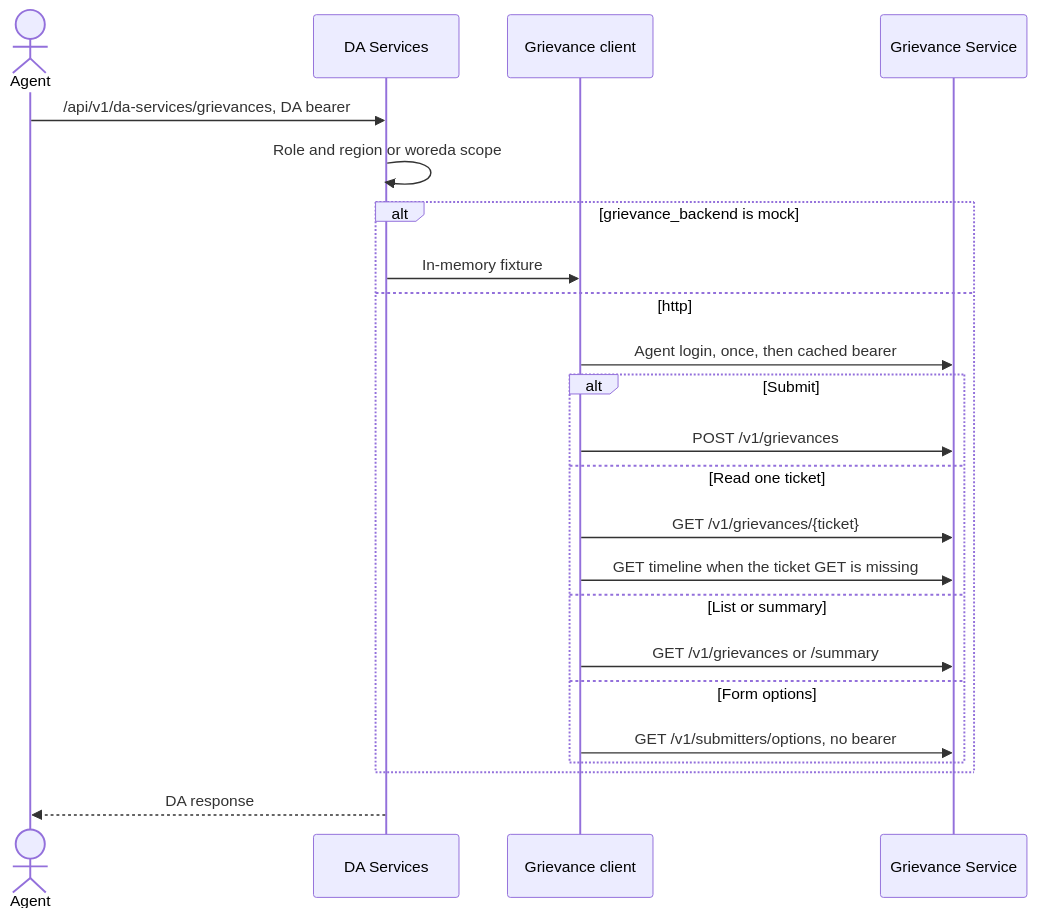
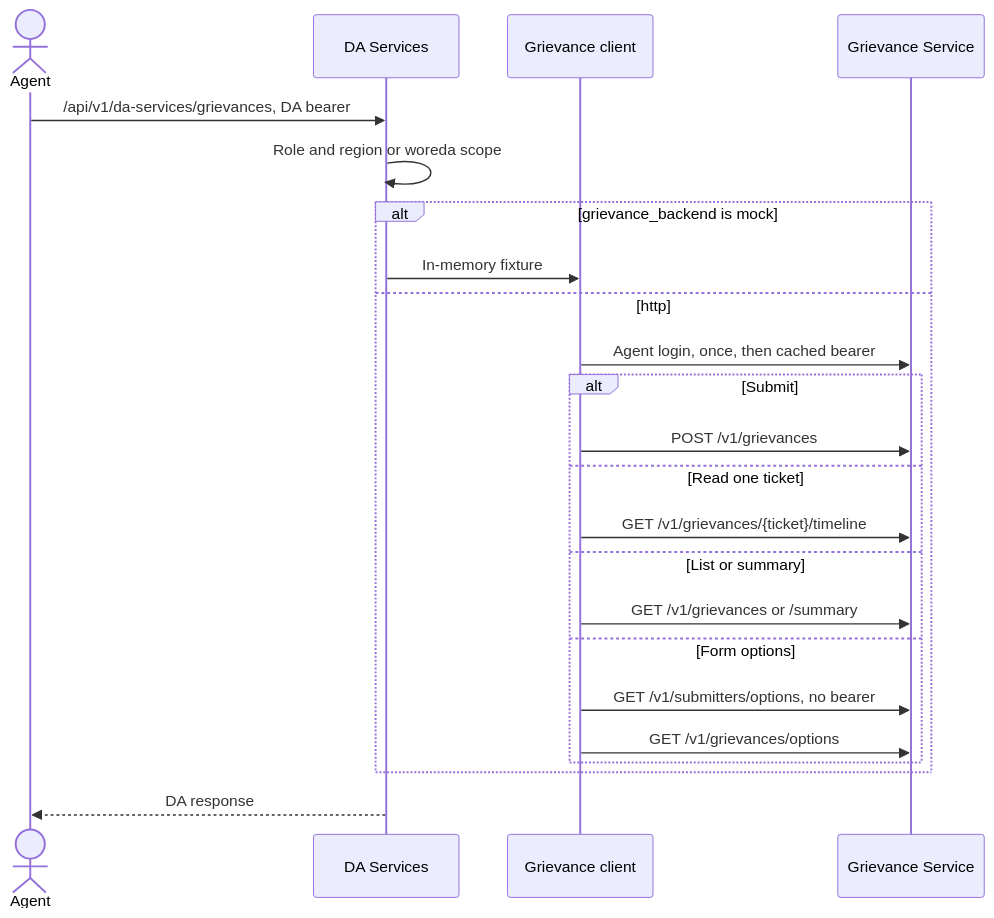
One commit to Centre-for-Open-Societal-Systems/oan_da_app_services changed the diagram in docs/grievance-integration.md. Above: the diagram before and after it, drawn with Mermaid. The commit also changed 8 other files, not shown here.

````diff
--- a/docs/grievance-integration.md
+++ b/docs/grievance-integration.md
@@ -11,26 +11,26 @@
 ```mermaid
 sequenceDiagram
   actor Agent
   participant DA as DA Services
   participant Client as Grievance client
   participant GS as Grievance Service
 
   Agent->>DA: /api/v1/da-services/grievances, DA bearer
   DA->>DA: Role and region or woreda scope
   alt grievance_backend is mock
     DA->>Client: In-memory fixture
   else http
     Client->>GS: Agent login, once, then cached bearer
     alt Submit
       Client->>GS: POST /v1/grievances
     else Read one ticket
-      Client->>GS: GET /v1/grievances/{ticket}
-      Client->>GS: GET timeline when the ticket GET is missing
+      Client->>GS: GET /v1/grievances/{ticket}/timeline
     else List or summary
       Client->>GS: GET /v1/grievances or /summary
     else Form options
       Client->>GS: GET /v1/submitters/options, no bearer
+      Client->>GS: GET /v1/grievances/options
     end
   end
   DA-->>Agent: DA response
 ```
````
